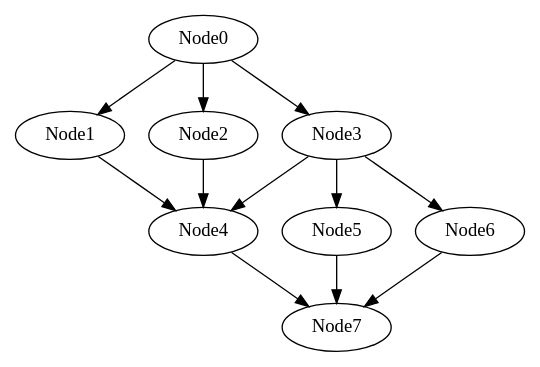
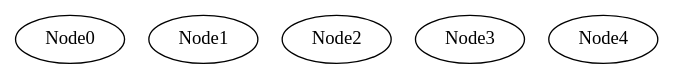
Before and after one commit to zephyr06/Energy_Opt_NLP: the diagram in DrawDAG/currGraph.gv, drawn with Graphviz. The commit also changed 8 other files, not shown here.

```diff
--- a/DrawDAG/currGraph.gv
+++ b/DrawDAG/currGraph.gv
@@ -1,33 +1,8 @@
 // The Round Table
 digraph {
 	Node0
 	Node1
 	Node2
 	Node3
 	Node4
-	Node4
-	Node4
-	Node4
-	Node0 -> Node1
-
-	Node0 -> Node3
-
-	Node0 -> Node2
-
-	Node1 -> Node4
-
-	Node2 -> Node4
-
-	Node3 -> Node4
-
-	Node3 -> Node5
-
-	Node3 -> Node6
-
-	Node4 -> Node7
-
-	Node5 -> Node7
-
-	Node6 -> Node7
-
 }
```
